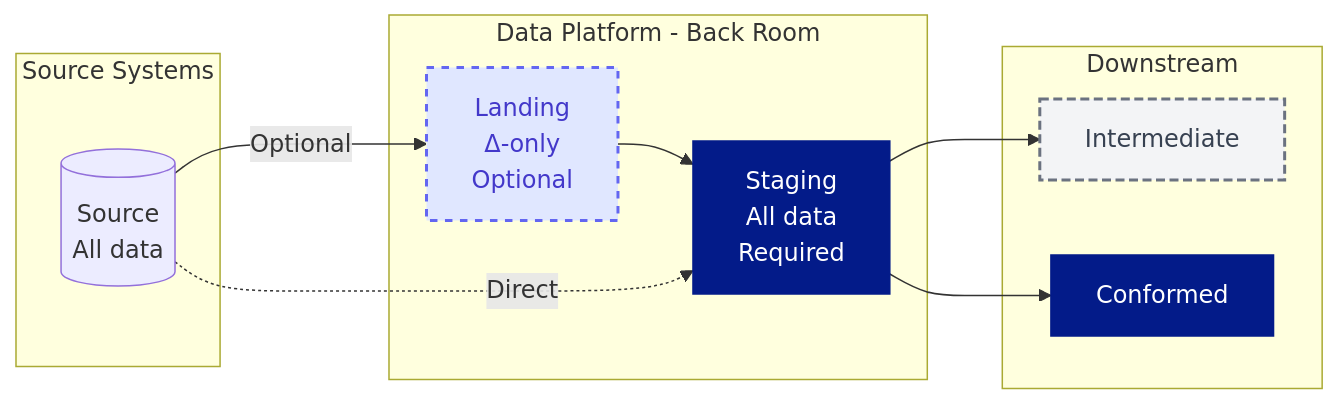
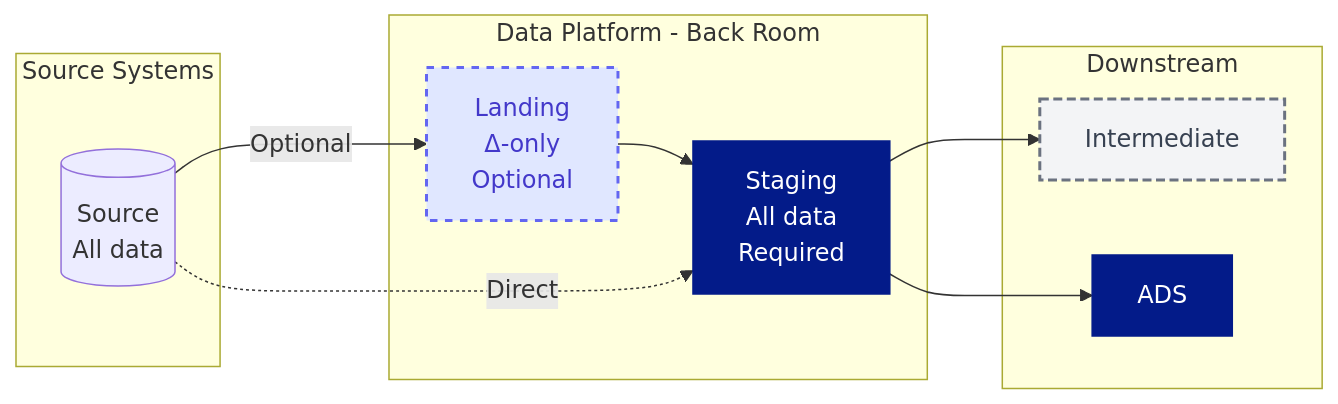
One commit to PlainsightPro/Vision-Playbook changed the diagram in Technical Guideline Ops/Architectural Principles/Landing and Staging.md. Above: the diagram before and after it, drawn with Mermaid. The commit also changed other lines of this file and 9 other files, not shown here.

Commit message:
Fix all references from 'Conformed' to 'ADS'

````diff
--- a/Technical Guideline Ops/Architectural Principles/Landing and Staging.md
+++ b/Technical Guideline Ops/Architectural Principles/Landing and Staging.md
@@ -10,27 +10,27 @@
 ```mermaid
 %%{init: { "flowchart": { "useMaxWidth": true } } }%%
 graph LR
     subgraph Source Systems
         S[(Source<br/>All data)]
     end
     
     subgraph Data Platform - Back Room
         L[Landing<br/>Δ-only<br/>Optional]:::optional
         B[Staging<br/>All data<br/>Required]:::all
     end
     
     subgraph Downstream
         I[Intermediate]:::delta
-        C[Conformed]:::all
+        C[ADS]:::all
     end
     
     S -->|Optional| L
     L --> B
     S -.->|Direct| B
     B --> I
     B --> C
     
     classDef optional fill:#E0E7FF,stroke:#6366F1,stroke-width:2px,stroke-dasharray:5 5,color:#4338CA;
     classDef all fill:#031B89,stroke:#031B89,stroke-width:1px,color:#FFFFFF;
     classDef delta fill:#F3F4F6,stroke:#6B7280,stroke-width:2px,stroke-dasharray:6 3,color:#374151;
 ```
````
